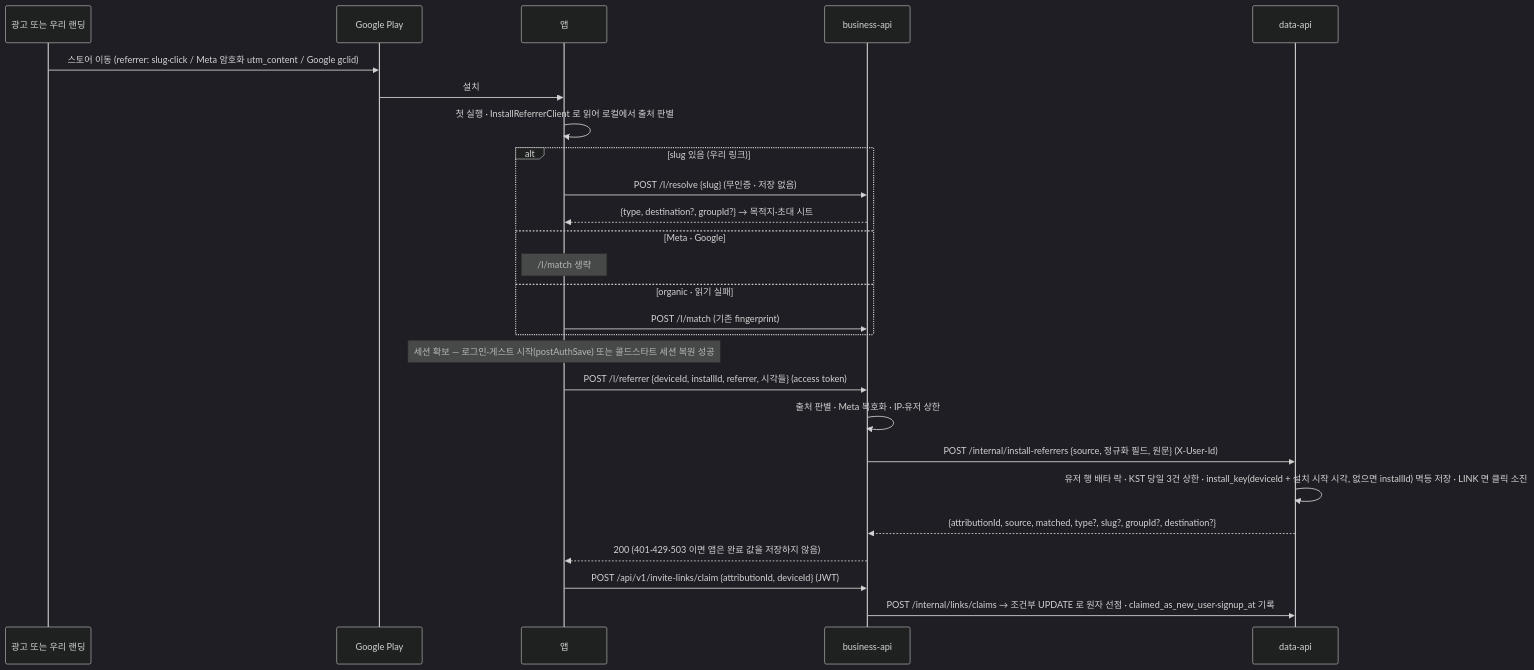
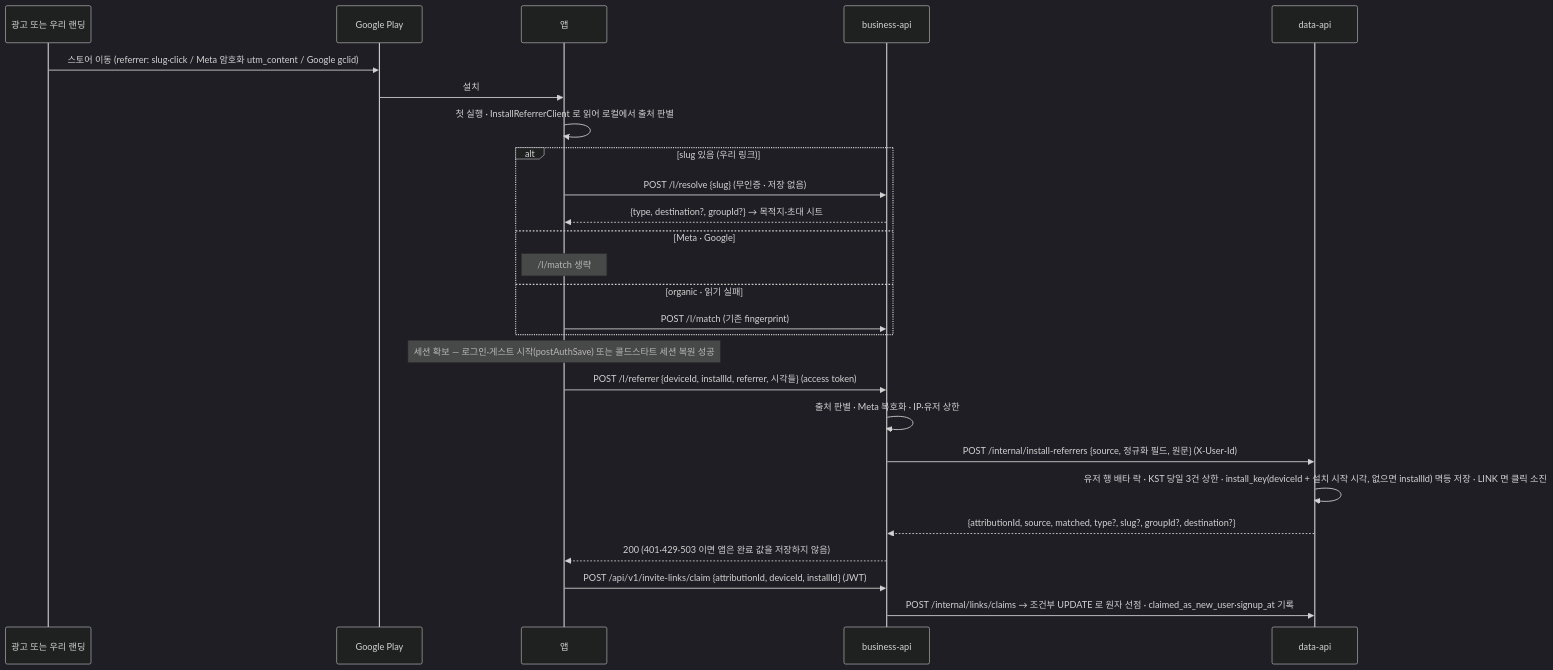
The third of 4 diagrams in docs/prd/link-attribution/high-level-design.md (OneOrThree/phone), drawn with Mermaid (dark theme) before and after one commit. The commit also changed other lines of this file and 5 other files, not shown here.

````diff
--- a/docs/prd/link-attribution/high-level-design.md
+++ b/docs/prd/link-attribution/high-level-design.md
@@ -90,28 +90,28 @@
 ```mermaid
 sequenceDiagram
   participant Src as 광고 또는 우리 랜딩
   participant P as Google Play
   participant A as 앱
   participant B as business-api
   participant D as data-api
   Src->>P: 스토어 이동 (referrer: slug·click / Meta 암호화 utm_content / Google gclid)
   P->>A: 설치
   A->>A: 첫 실행 · InstallReferrerClient 로 읽어 로컬에서 출처 판별
   alt slug 있음 (우리 링크)
     A->>B: POST /l/resolve {slug} (무인증 · 저장 없음)
     B-->>A: {type, destination?, groupId?} → 목적지·초대 시트
   else Meta · Google
     Note over A: /l/match 생략
   else organic · 읽기 실패
     A->>B: POST /l/match (기존 fingerprint)
   end
   Note over A: 세션 확보 — 로그인·게스트 시작(postAuthSave) 또는 콜드스타트 세션 복원 성공
   A->>B: POST /l/referrer {deviceId, installId, referrer, 시각들} (access token)
   B->>B: 출처 판별 · Meta 복호화 · IP·유저 상한
   B->>D: POST /internal/install-referrers {source, 정규화 필드, 원문} (X-User-Id)
   D->>D: 유저 행 배타 락 · KST 당일 3건 상한 · install_key(deviceId + 설치 시작 시각, 없으면 installId) 멱등 저장 · LINK 면 클릭 소진
   D-->>B: {attributionId, source, matched, type?, slug?, groupId?, destination?}
   B-->>A: 200 (401·429·503 이면 앱은 완료 값을 저장하지 않음)
-  A->>B: POST /api/v1/invite-links/claim {attributionId, deviceId} (JWT)
+  A->>B: POST /api/v1/invite-links/claim {attributionId, deviceId, installId} (JWT)
   B->>D: POST /internal/links/claims → 조건부 UPDATE 로 원자 선점 · claimed_as_new_user·signup_at 기록
 ```
````
